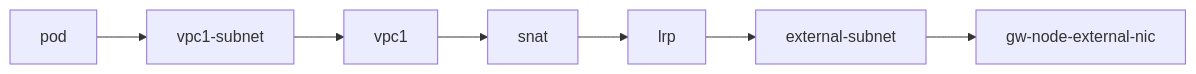
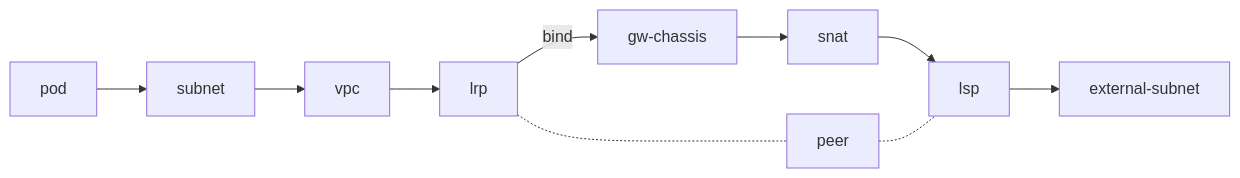
One commit to kubeovn/docs changed the first of 2 diagrams in docs/advance/ovn-eip-fip-snat.en.md. Above: the diagram before and after it, drawn with Mermaid. The commit also changed other lines of this file and 9 other files, not shown here.

````diff
--- a/docs/advance/ovn-eip-fip-snat.en.md
+++ b/docs/advance/ovn-eip-fip-snat.en.md
@@ -3,6 +3,8 @@
 ``` mermaid
+
 graph LR
 
+pod-->subnet-->vpc-->lrp--bind-->gw-chassis-->snat-->lsp-->external-subnet
+lrp-.-peer-.-lsp
 
-pod-->vpc1-subnet-->vpc1-->snat-->lrp-->external-subnet-->gw-node-external-nic
 ```
````
